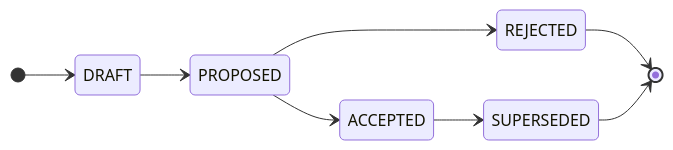
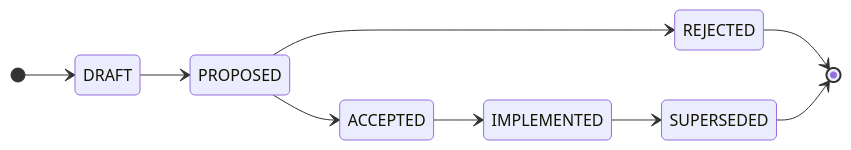
Before and after one commit to kieranpotts/rfc: the diagram in CONTRIBUTING.md, drawn with Mermaid. The commit also changed other lines of this file and 19 other files, not shown here.

````diff
--- a/CONTRIBUTING.md
+++ b/CONTRIBUTING.md
@@ -52,11 +52,12 @@
 ```mermaid
 stateDiagram-v2
   direction LR
   [*] --> DRAFT
   DRAFT --> PROPOSED
   PROPOSED --> ACCEPTED
   PROPOSED --> REJECTED
-  ACCEPTED --> SUPERSEDED
+  ACCEPTED --> IMPLEMENTED
+  IMPLEMENTED --> SUPERSEDED
   REJECTED --> [*]
   SUPERSEDED --> [*]
 ```
````
